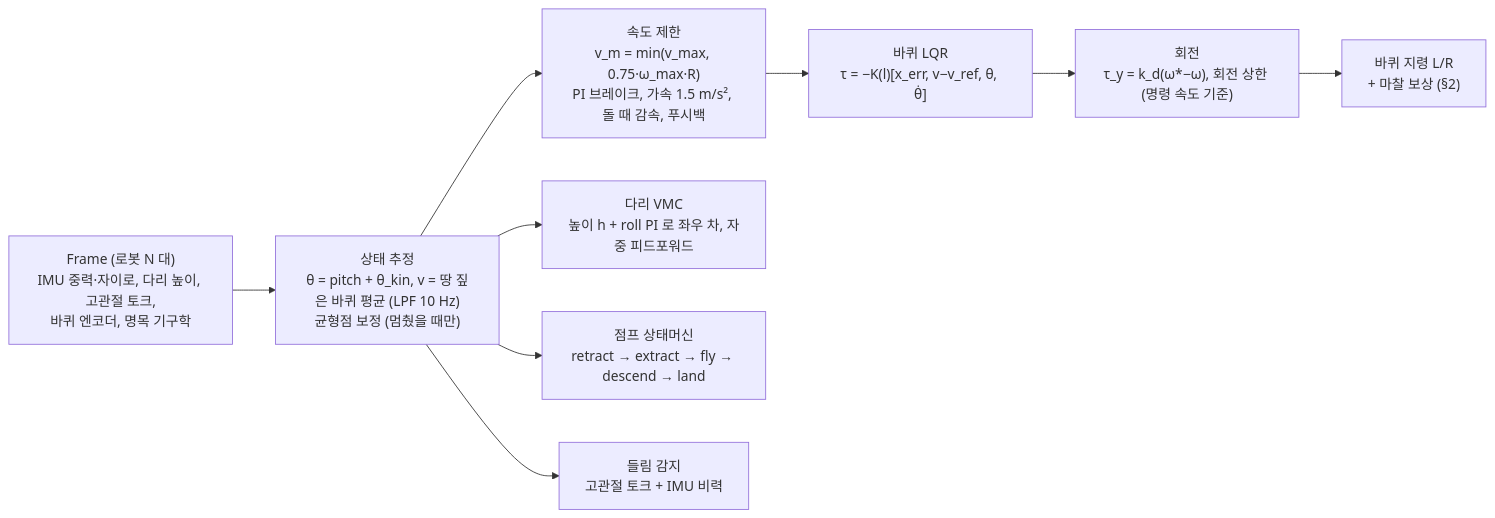
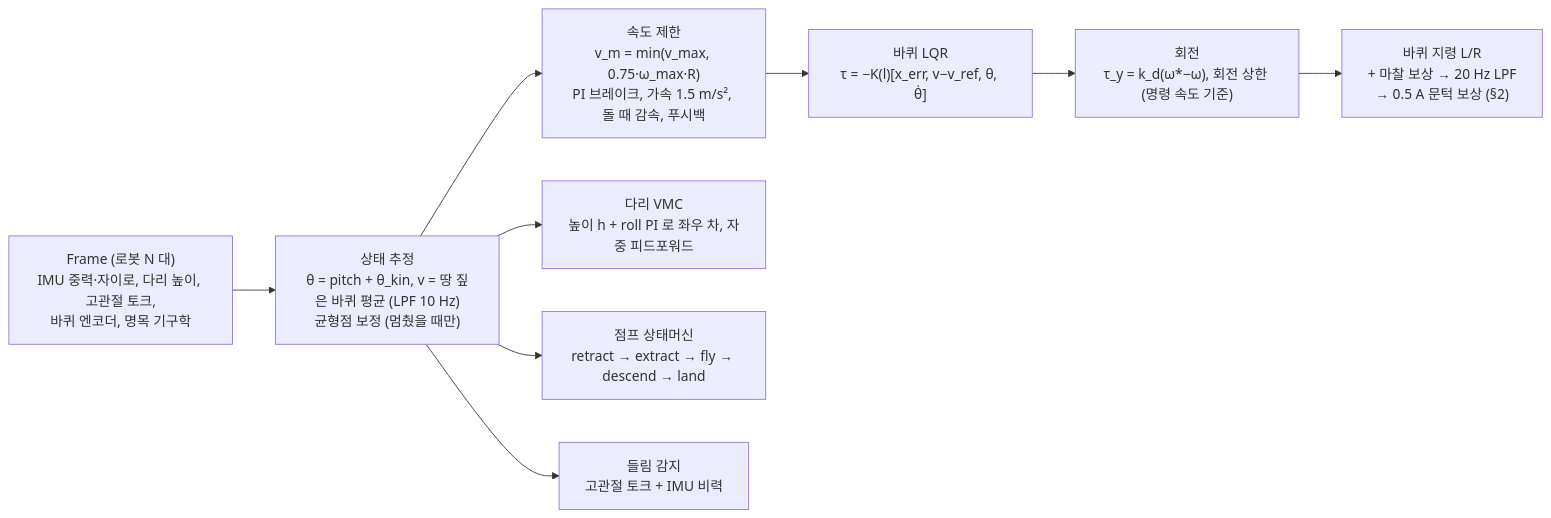
The diagram in docs/lab-meeting/software/04_control.md (AkimaraYouki/perseverance), drawn with Mermaid before and after one commit. The commit also changed other lines of this file and 5 other files, not shown here.

````diff
--- a/docs/lab-meeting/software/04_control.md
+++ b/docs/lab-meeting/software/04_control.md
@@ -29,11 +29,11 @@
 ```mermaid
 flowchart LR
   F["Frame (로봇 N 대)<br/>IMU 중력·자이로, 다리 높이, 고관절 토크,<br/>바퀴 엔코더, 명목 기구학"] --> S["상태 추정<br/>θ = pitch + θ_kin, v = 땅 짚은 바퀴 평균 (LPF 10 Hz)<br/>균형점 보정 (멈췄을 때만)"]
   S --> G["속도 제한<br/>v_m = min(v_max, 0.75·ω_max·R)<br/>PI 브레이크, 가속 1.5 m/s², 돌 때 감속, 푸시백"]
   G --> L["바퀴 LQR<br/>τ = −K(l)[x_err, v−v_ref, θ, θ̇]"]
   L --> Y["회전<br/>τ_y = k_d(ω*−ω), 회전 상한 (명령 속도 기준)"]
-  Y --> W["바퀴 지령 L/R<br/>+ 마찰 보상 (§2)"]
+  Y --> W["바퀴 지령 L/R<br/>+ 마찰 보상 → 20 Hz LPF<br/>→ 0.5 A 문턱 보상 (§2)"]
   S --> V["다리 VMC<br/>높이 h + roll PI 로 좌우 차, 자중 피드포워드"]
   S --> J["점프 상태머신<br/>retract → extract → fly → descend → land"]
   S --> D["들림 감지<br/>고관절 토크 + IMU 비력"]
 ```
````
